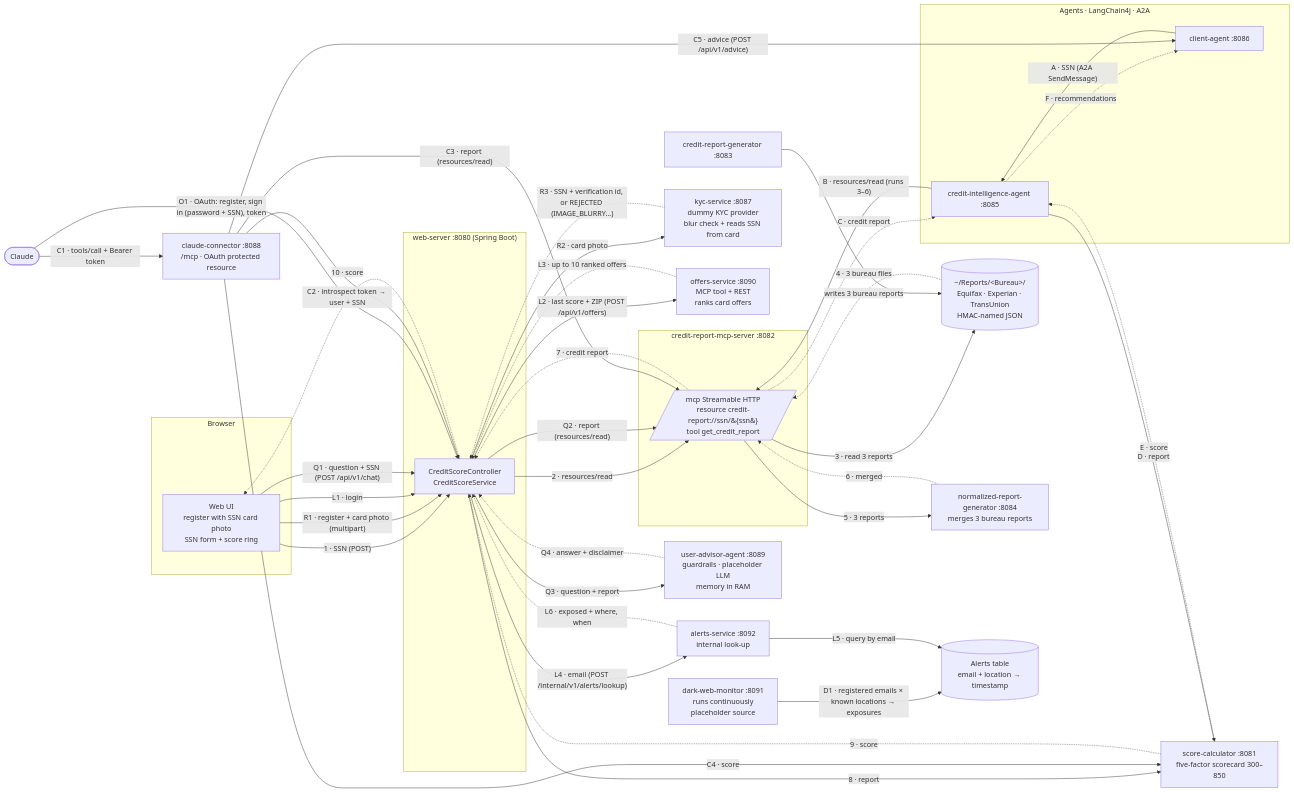
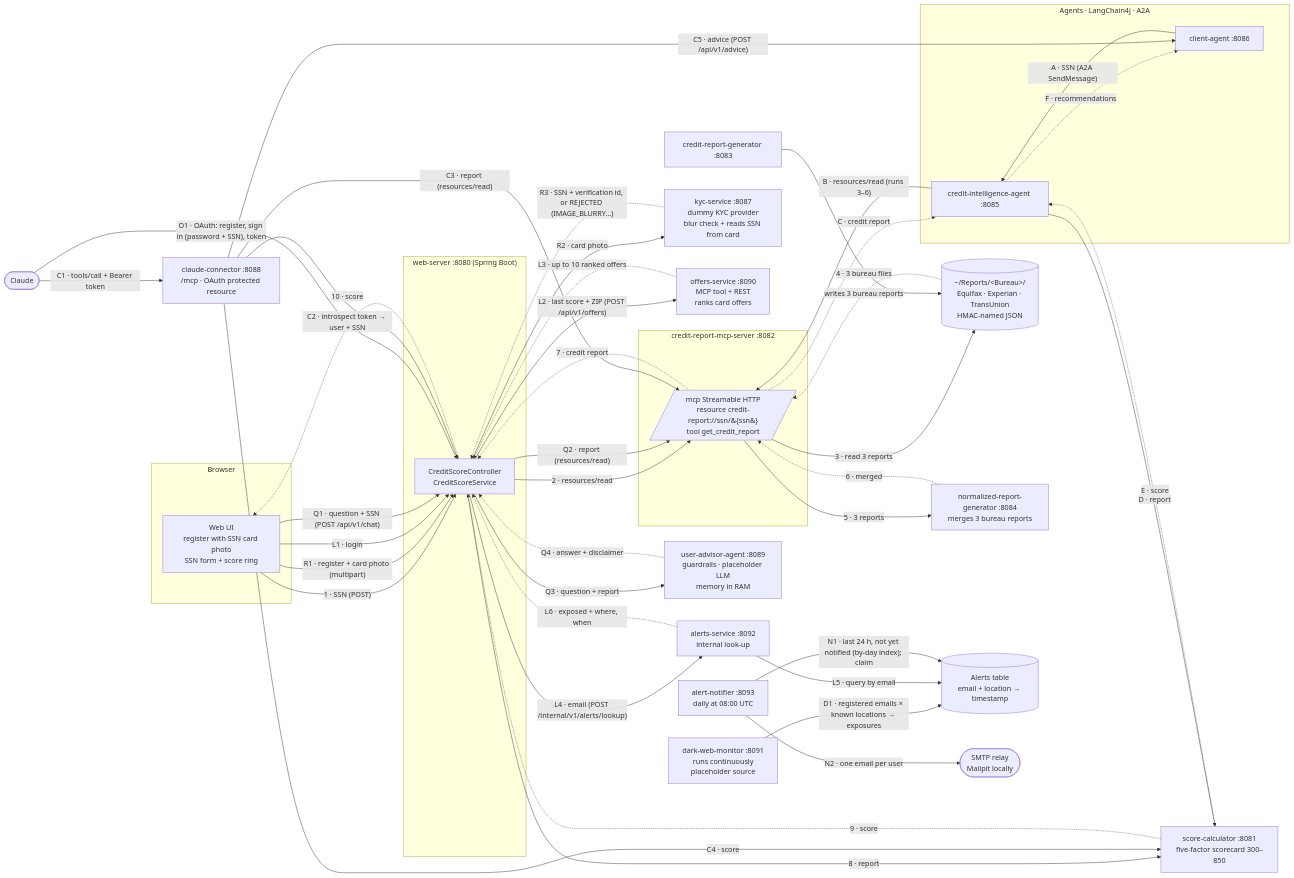
Before and after one commit to manojkhanwalkar/creditagent: the first of 7 diagrams in docs/architecture.md, drawn with Mermaid. The commit also changed other lines of this file and 25 other files, not shown here.

First line of the commit message:
Add alert emails: a daily notifier for new dark-web findings (#20)

````diff
--- a/docs/architecture.md
+++ b/docs/architecture.md
@@ -5,66 +5,70 @@
 ```mermaid
 flowchart LR
     subgraph Browser
         UI[Web UI<br/>register with SSN card photo<br/>SSN form + score ring]
     end
     subgraph Web["web-server :8080 (Spring Boot)"]
         WS[CreditScoreController<br/>CreditScoreService]
     end
     subgraph MCP["credit-report-mcp-server :8082"]
         M[/mcp Streamable HTTP<br/>resource credit-report://ssn/&#123;ssn&#125;<br/>tool get_credit_report/]
     end
     FS[(~/Reports/&lt;Bureau&gt;/<br/>Equifax · Experian · TransUnion<br/>HMAC-named JSON)]
     NRG[normalized-report-generator :8084<br/>merges 3 bureau reports]
     GEN[credit-report-generator :8083]
     SC[score-calculator :8081<br/>five-factor scorecard 300–850]
     KYC[kyc-service :8087<br/>dummy KYC provider<br/>blur check + reads SSN from card]
     subgraph Agents["Agents · LangChain4j · A2A"]
         CA[client-agent :8086]
         CIA[credit-intelligence-agent :8085]
     end
     OFS[offers-service :8090<br/>MCP tool + REST<br/>ranks card offers]
     DWM[dark-web-monitor :8091<br/>runs continuously<br/>placeholder source]
     AT[(Alerts table<br/>email + location → timestamp)]
     ALS[alerts-service :8092<br/>internal look-up]
+    AN[alert-notifier :8093<br/>daily at 08:00 UTC]
+    MAIL([SMTP relay<br/>Mailpit locally])
     UAA[user-advisor-agent :8089<br/>guardrails · placeholder LLM<br/>memory in RAM]
     CL([Claude])
     CC[claude-connector :8088<br/>/mcp · OAuth protected resource]
 
     UI -- "1 · SSN (POST)" --> WS
     WS -- "2 · resources/read" --> M
     M -- "3 · read 3 reports" --> FS
     FS -. "4 · 3 bureau files" .-> M
     M -- "5 · 3 reports" --> NRG
     NRG -. "6 · merged" .-> M
     M -. "7 · credit report" .-> WS
     WS -- "8 · report" --> SC
     SC -. "9 · score" .-> WS
     WS -. "10 · score" .-> UI
     GEN -- "writes 3 bureau reports" --> FS
     UI -- "R1 · register + card photo (multipart)" --> WS
     WS -- "R2 · card photo" --> KYC
     KYC -. "R3 · SSN + verification id, or REJECTED (IMAGE_BLURRY…)" .-> WS
     CA -- "A · SSN (A2A SendMessage)" --> CIA
     CIA -- "B · resources/read (runs 3–6)" --> M
     M -. "C · credit report" .-> CIA
     CIA -- "D · report" --> SC
     SC -. "E · score" .-> CIA
     CIA -. "F · recommendations" .-> CA
     UI -- "L1 · login" --> WS
     WS -- "L2 · last score + ZIP (POST /api/v1/offers)" --> OFS
     OFS -. "L3 · up to 10 ranked offers" .-> WS
     DWM -- "D1 · registered emails × known locations → exposures" --> AT
     WS -- "L4 · email (POST /internal/v1/alerts/lookup)" --> ALS
     ALS -- "L5 · query by email" --> AT
     ALS -. "L6 · exposed + where, when" .-> WS
+    AN -- "N1 · last 24 h, not yet notified (by-day index); claim" --> AT
+    AN -- "N2 · one email per user" --> MAIL
     UI -- "Q1 · question + SSN (POST /api/v1/chat)" --> WS
     WS -- "Q2 · report (resources/read)" --> M
     WS -- "Q3 · question + report" --> UAA
     UAA -. "Q4 · answer + disclaimer" .-> WS
     CL -- "O1 · OAuth: register, sign in (password + SSN), token" --> WS
     CL -- "C1 · tools/call + Bearer token" --> CC
     CC -- "C2 · introspect token → user + SSN" --> WS
     CC -- "C3 · report (resources/read)" --> M
     CC -- "C4 · score" --> SC
     CC -- "C5 · advice (POST /api/v1/advice)" --> CA
 ```
````
